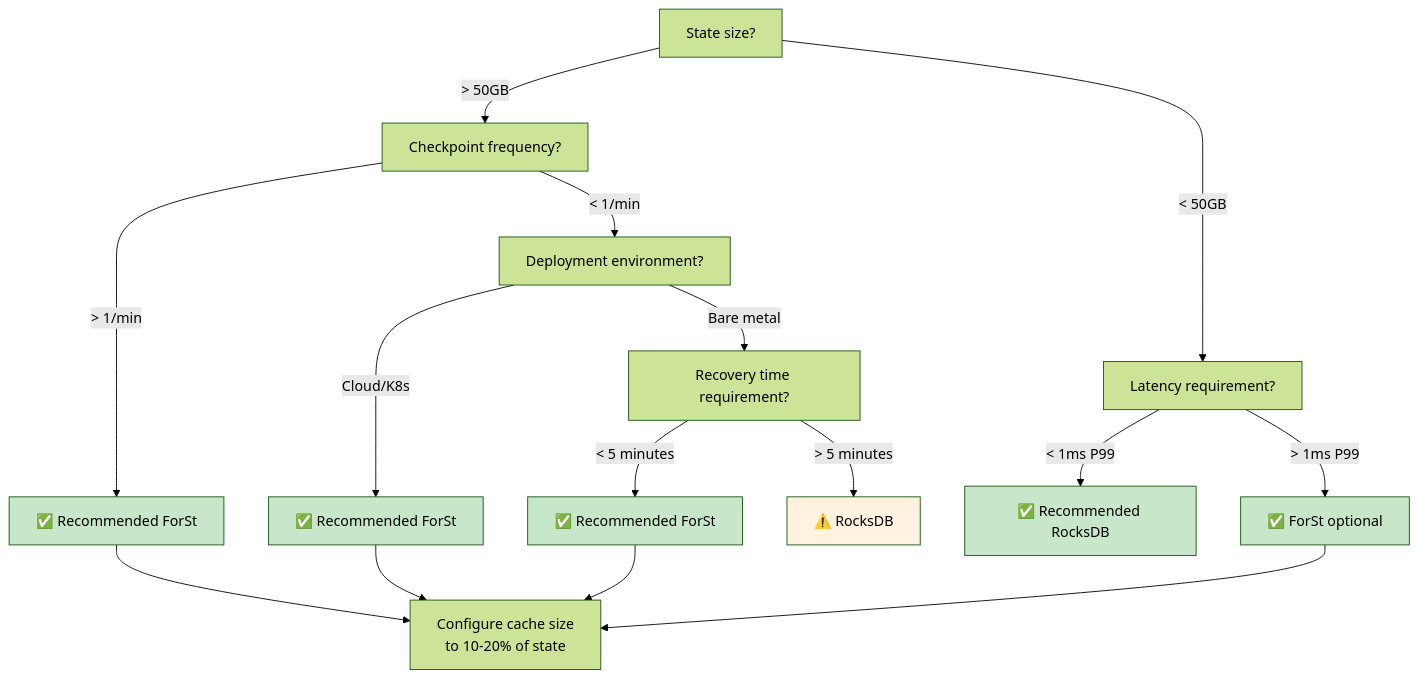
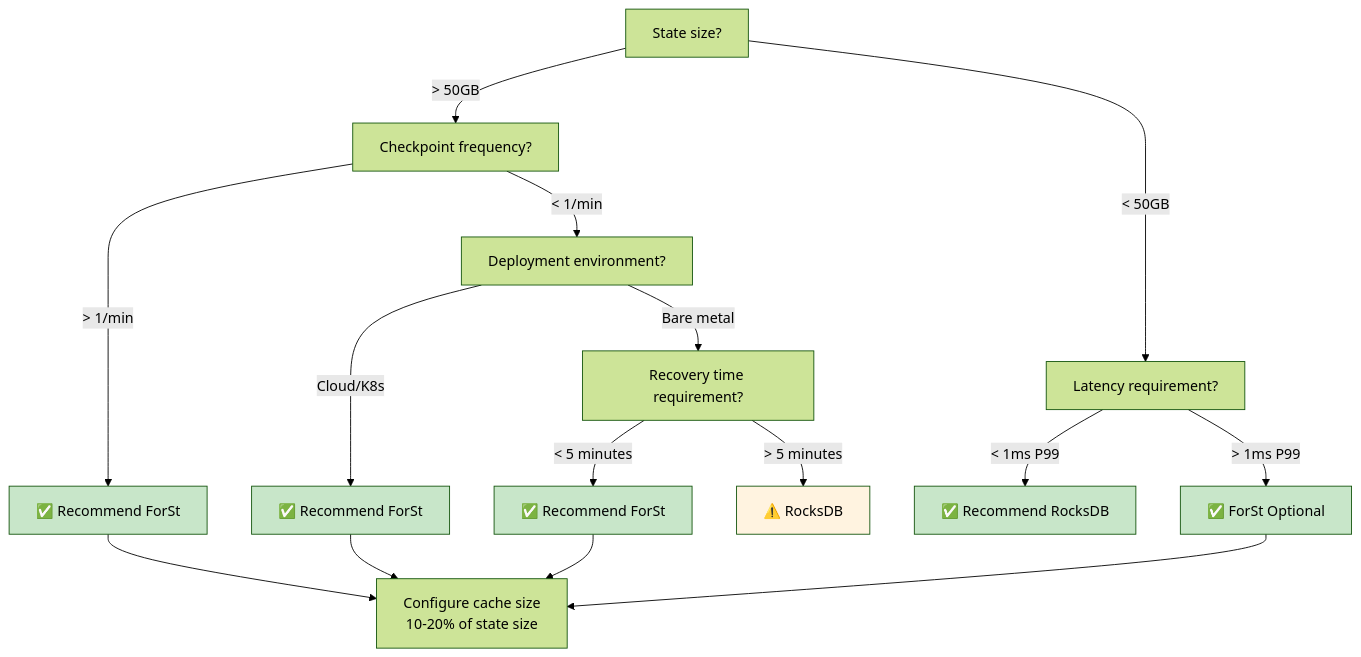
Before and after one commit to AdaMartin18010/AnalysisDataFlow: the seventh of 7 diagrams in i18n/en/Flink/02-core/flink-2.0-forst-state-backend-en.md, drawn with Mermaid (forest theme). The commit also changed other lines of this file and 80 other files, not shown here.

````diff
--- a/i18n/en/Flink/02-core/flink-2.0-forst-state-backend-en.md
+++ b/i18n/en/Flink/02-core/flink-2.0-forst-state-backend-en.md
@@ -1253,29 +1251,29 @@
 ```mermaid
 flowchart TD
     START[State size?] -->|> 50GB| Q1[Checkpoint frequency?]
     START -->|< 50GB| Q2[Latency requirement?]
 
-    Q1 -->|> 1/min| FORST1[✅ Recommended ForSt]
+    Q1 -->|> 1/min| FORST1[✅ Recommend ForSt]
     Q1 -->|< 1/min| Q3[Deployment environment?]
 
-    Q3 -->|Cloud/K8s| FORST2[✅ Recommended ForSt]
+    Q3 -->|Cloud/K8s| FORST2[✅ Recommend ForSt]
     Q3 -->|Bare metal| Q4[Recovery time requirement?]
 
-    Q4 -->|< 5 minutes| FORST3[✅ Recommended ForSt]
+    Q4 -->|< 5 minutes| FORST3[✅ Recommend ForSt]
     Q4 -->|> 5 minutes| ROCKS1[⚠️ RocksDB]
 
-    Q2 -->|< 1ms P99| ROCKS2[✅ Recommended RocksDB]
-    Q2 -->|> 1ms P99| FORST4[✅ ForSt optional]
+    Q2 -->|< 1ms P99| ROCKS2[✅ Recommend RocksDB]
+    Q2 -->|> 1ms P99| FORST4[✅ ForSt Optional]
 
-    FORST1 --> CONFIG[Configure cache size<br/>to 10-20% of state]
+    FORST1 --> CONFIG[Configure cache size<br/>10-20% of state size]
     FORST2 --> CONFIG
     FORST3 --> CONFIG
     FORST4 --> CONFIG
 
     style FORST1 fill:#c8e6c9
     style FORST2 fill:#c8e6c9
     style FORST3 fill:#c8e6c9
     style FORST4 fill:#c8e6c9
     style ROCKS1 fill:#fff3e0
     style ROCKS2 fill:#c8e6c9
 ```
````
